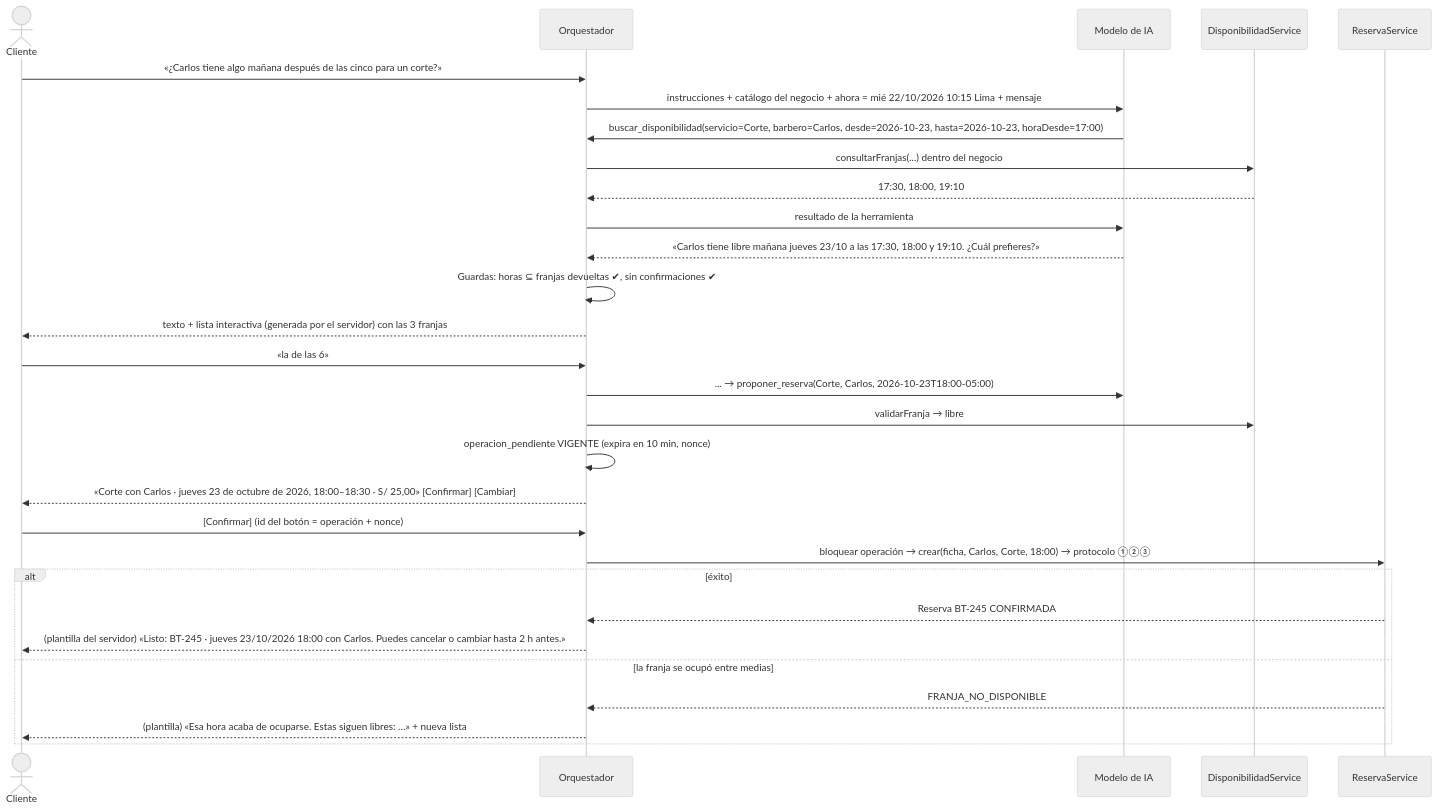
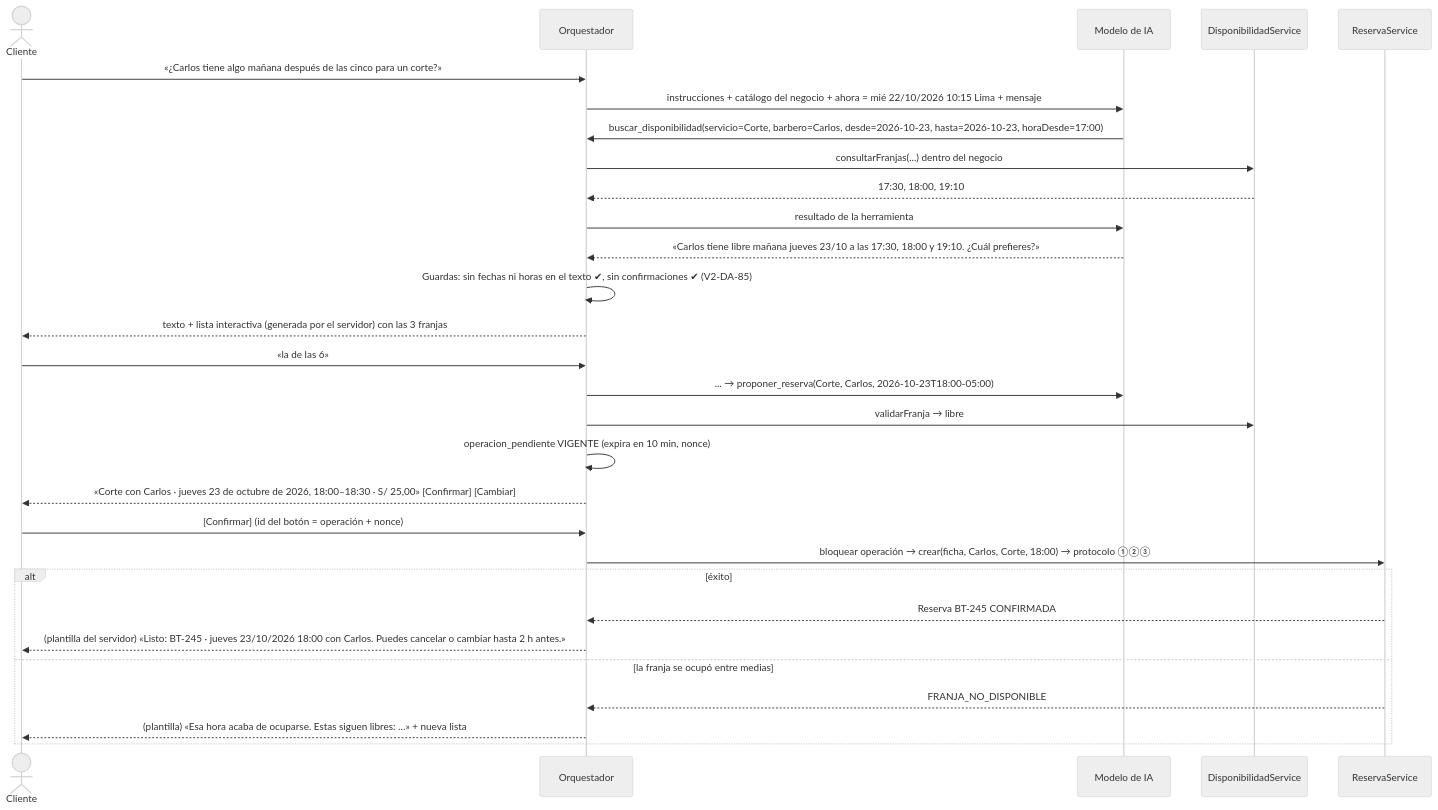
The third of 3 diagrams in docs/v2/06-flujos.md (sohnny-lima/BarberTurno), drawn with Mermaid (neutral theme) before and after one commit. The commit also changed 4 other files, not shown here.

````diff
--- a/docs/v2/06-flujos.md
+++ b/docs/v2/06-flujos.md
@@ -84,31 +84,31 @@
 ```mermaid
 sequenceDiagram
   actor C as Cliente
   participant O as Orquestador
   participant L as Modelo de IA
   participant D as DisponibilidadService
   participant R as ReservaService
   C->>O: «¿Carlos tiene algo mañana después de las cinco para un corte?»
   O->>L: instrucciones + catálogo del negocio + ahora = mié 22/10/2026 10:15 Lima + mensaje
   L->>O: buscar_disponibilidad(servicio=Corte, barbero=Carlos, desde=2026-10-23, hasta=2026-10-23, horaDesde=17:00)
   O->>D: consultarFranjas(...) dentro del negocio
   D-->>O: 17:30, 18:00, 19:10
   O->>L: resultado de la herramienta
   L-->>O: «Carlos tiene libre mañana jueves 23/10 a las 17:30, 18:00 y 19:10. ¿Cuál prefieres?»
-  O->>O: Guardas: horas ⊆ franjas devueltas ✔, sin confirmaciones ✔
+  O->>O: Guardas: sin fechas ni horas en el texto ✔, sin confirmaciones ✔ (V2-DA-85)
   O-->>C: texto + lista interactiva (generada por el servidor) con las 3 franjas
   C->>O: «la de las 6»
   O->>L: ... → proponer_reserva(Corte, Carlos, 2026-10-23T18:00-05:00)
   O->>D: validarFranja → libre
   O->>O: operacion_pendiente VIGENTE (expira en 10 min, nonce)
   O-->>C: «Corte con Carlos · jueves 23 de octubre de 2026, 18:00–18:30 · S/ 25,00» [Confirmar] [Cambiar]
   C->>O: [Confirmar] (id del botón = operación + nonce)
   O->>R: bloquear operación → crear(ficha, Carlos, Corte, 18:00) → protocolo ①②③
   alt éxito
     R-->>O: Reserva BT-245 CONFIRMADA
     O-->>C: (plantilla del servidor) «Listo: BT-245 · jueves 23/10/2026 18:00 con Carlos. Puedes cancelar o cambiar hasta 2 h antes.»
   else la franja se ocupó entre medias
     R-->>O: FRANJA_NO_DISPONIBLE
     O-->>C: (plantilla) «Esa hora acaba de ocuparse. Estas siguen libres: …» + nueva lista
   end
 ```
````
